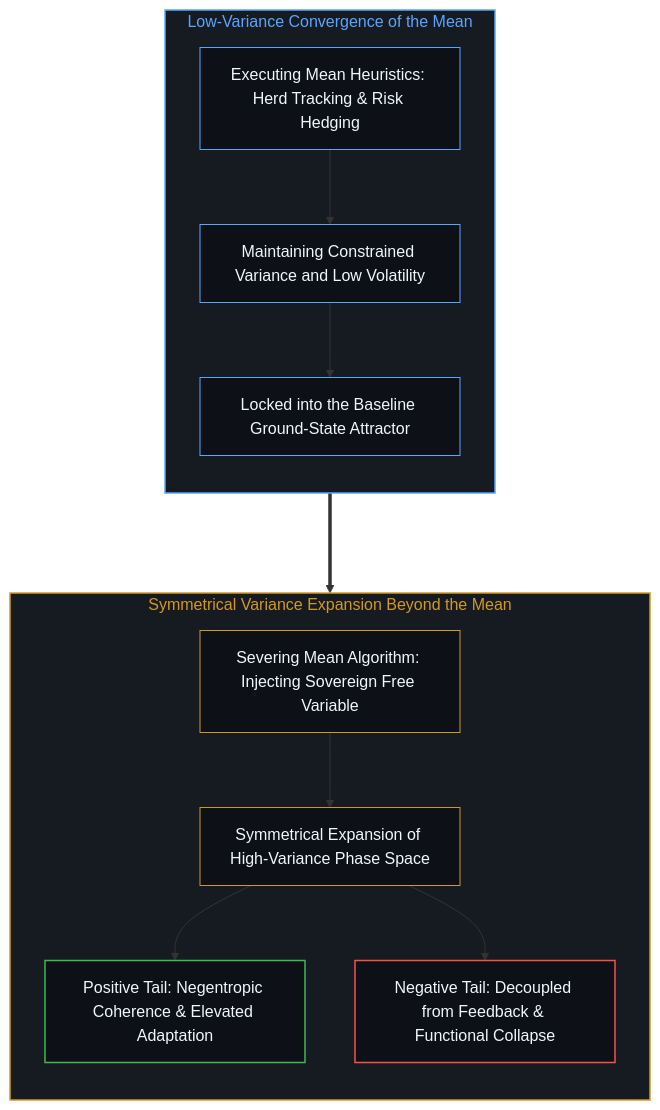
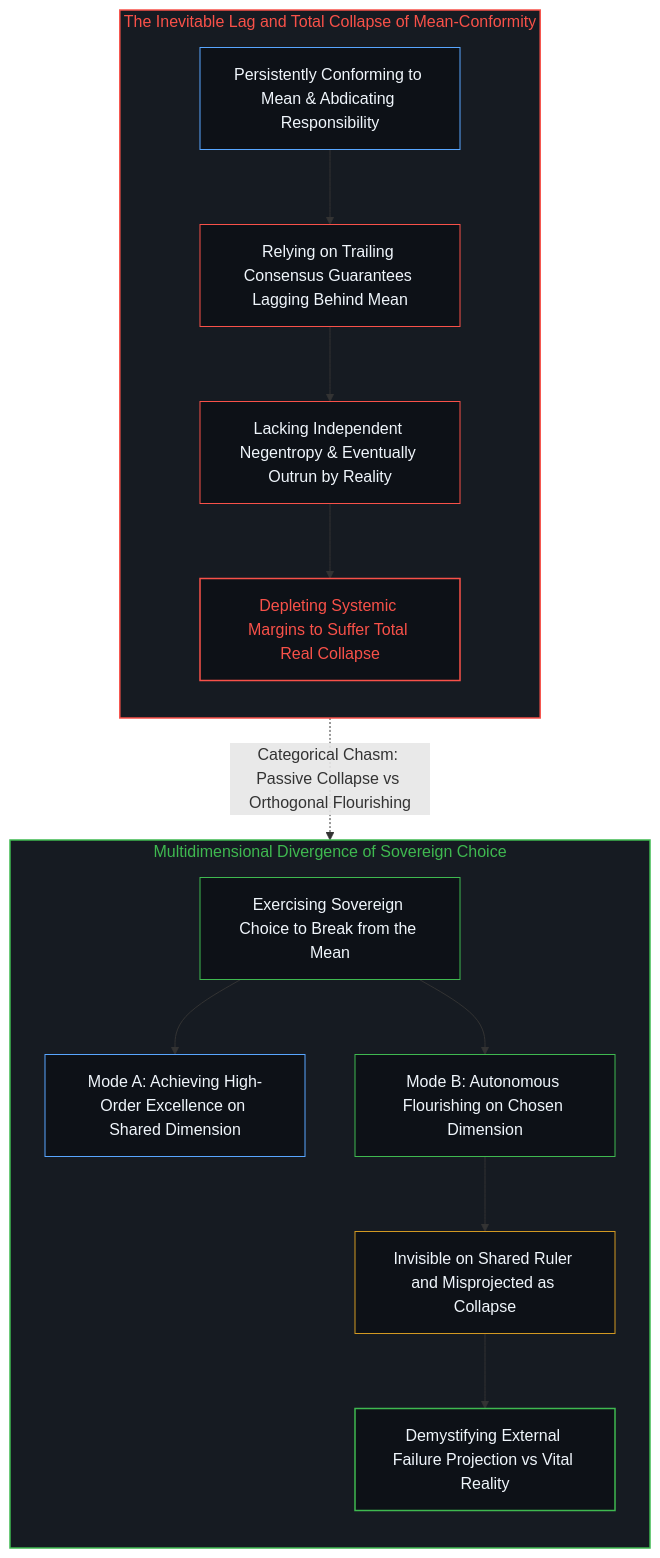
One commit to powerpig99/not-a-toe changed the eighth of 10 diagrams in content/posts/the-explanatory-trap-of-the-ordinary-perspective.md. Above: the diagram before and after it, drawn with Mermaid. The commit also changed other lines of this file and 4 other files, not shown here.

Commit message:
Clarify breaking the mean: Sovereign divergence vs the collapse of mean-conformity

````diff
--- a/content/posts/the-explanatory-trap-of-the-ordinary-perspective.md
+++ b/content/posts/the-explanatory-trap-of-the-ordinary-perspective.md
@@ -269,27 +273,31 @@
 ```mermaid
 graph TD
-    subgraph S_MeanAnchor_EN ["Low-Variance Convergence of the Mean"]
+    subgraph S_MeanConformity_EN ["The Inevitable Lag and Total Collapse of Mean-Conformity"]
         direction TB
-        AE_Consensus["Executing Mean Heuristics: Herd Tracking & Risk Hedging"] --> AE_LowVar["Maintaining Constrained Variance and Low Volatility"]
-        AE_LowVar --> AE_Ordinary["Locked into the Baseline Ground-State Attractor"]
+        CE_Conform["Persistently Conforming to Mean & Abdicating Responsibility"] --> CE_Lag["Relying on Trailing Consensus Guarantees Lagging Behind Mean"]
+        CE_Lag --> CE_Outrun["Lacking Independent Negentropy & Eventually Outrun by Reality"]
+        CE_Outrun --> CE_Collapse["Depleting Systemic Margins to Suffer Total Real Collapse"]
     end
 
-    subgraph S_Bifurcation_EN ["Symmetrical Variance Expansion Beyond the Mean"]
+    subgraph S_SovereignBreak_EN ["Multidimensional Divergence of Sovereign Choice"]
         direction TB
-        VE_Depart["Severing Mean Algorithm: Injecting Sovereign Free Variable"] --> VE_Spread["Symmetrical Expansion of High-Variance Phase Space"]
-        VE_Spread --> VE_Positive["Positive Tail: Negentropic Coherence & Elevated Adaptation"]
-        VE_Spread --> VE_Negative["Negative Tail: Decoupled from Feedback & Functional Collapse"]
+        SE_Break["Exercising Sovereign Choice to Break from the Mean"] --> SE_Shared["Mode A: Achieving High-Order Excellence on Shared Dimension"]
+        SE_Break --> SE_Orthogonal["Mode B: Autonomous Flourishing on Chosen Dimension"]
+        SE_Orthogonal --> SE_Projection["Invisible on Shared Ruler and Misprojected as Collapse"]
+        SE_Projection --> SE_Reality["Demystifying External Failure Projection vs Vital Reality"]
     end
 
-    AE_Ordinary ===> VE_Depart
+    CE_Collapse -.->|"Categorical Chasm: Passive Collapse vs Orthogonal Flourishing"| SE_Projection
 
-    style S_MeanAnchor_EN fill:#161b22,stroke:#58a6ff,stroke-width:1.5px,color:#58a6ff
-    style S_Bifurcation_EN fill:#161b22,stroke:#d29922,stroke-width:1.5px,color:#d29922
-    style AE_Consensus fill:#0d1117,stroke:#58a6ff,stroke-width:1px,color:#f0f6fc
-    style AE_LowVar fill:#0d1117,stroke:#58a6ff,stroke-width:1px,color:#f0f6fc
-    style AE_Ordinary fill:#0d1117,stroke:#58a6ff,stroke-width:1px,color:#f0f6fc
-    style VE_Depart fill:#0d1117,stroke:#d29922,stroke-width:1px,color:#f0f6fc
-    style VE_Spread fill:#0d1117,stroke:#d29922,stroke-width:1px,color:#f0f6fc
-    style VE_Positive fill:#0d1117,stroke:#3fb950,stroke-width:1.5px,color:#f0f6fc
-    style VE_Negative fill:#0d1117,stroke:#f85149,stroke-width:1.5px,color:#f0f6fc
+    style S_MeanConformity_EN fill:#161b22,stroke:#f85149,stroke-width:1.5px,color:#f85149
+    style S_SovereignBreak_EN fill:#161b22,stroke:#3fb950,stroke-width:1.5px,color:#3fb950
+    style CE_Conform fill:#0d1117,stroke:#58a6ff,stroke-width:1px,color:#f0f6fc
+    style CE_Lag fill:#0d1117,stroke:#f85149,stroke-width:1px,color:#f0f6fc
+    style CE_Outrun fill:#0d1117,stroke:#f85149,stroke-width:1px,color:#f0f6fc
+    style CE_Collapse fill:#0d1117,stroke:#f85149,stroke-width:1.5px,color:#f85149
+    style SE_Break fill:#0d1117,stroke:#3fb950,stroke-width:1px,color:#f0f6fc
+    style SE_Shared fill:#0d1117,stroke:#58a6ff,stroke-width:1px,color:#f0f6fc
+    style SE_Orthogonal fill:#0d1117,stroke:#3fb950,stroke-width:1px,color:#f0f6fc
+    style SE_Projection fill:#0d1117,stroke:#d29922,stroke-width:1px,color:#f0f6fc
+    style SE_Reality fill:#0d1117,stroke:#3fb950,stroke-width:1.5px,color:#f0f6fc
 ```
````
